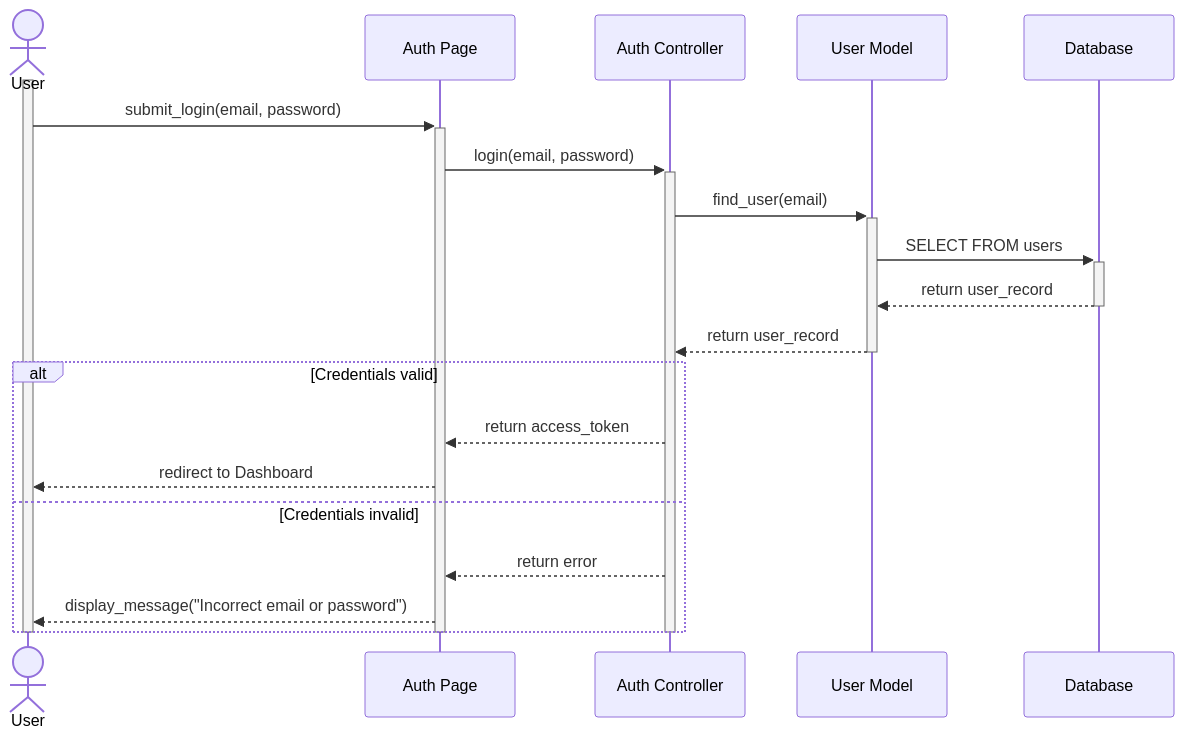
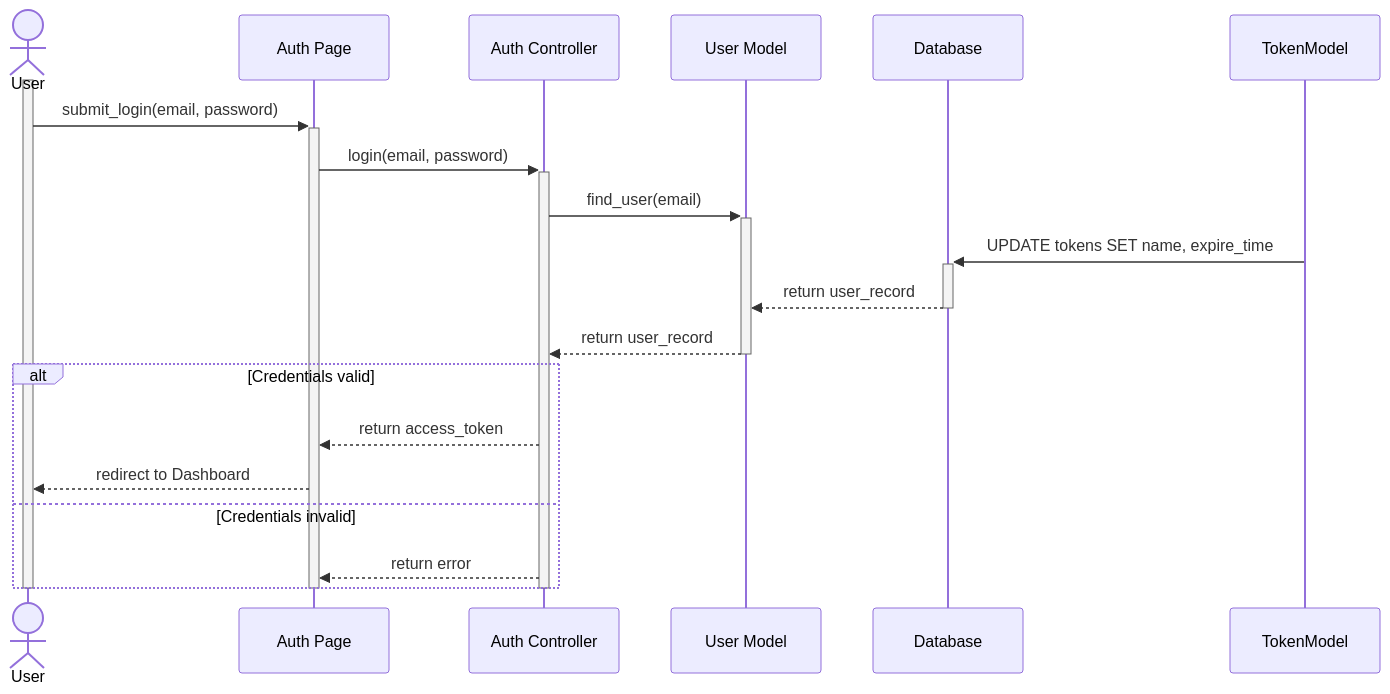
The third of 20 diagrams in SYSTEM_DIAGRAMS.md (Tanaphat-Ken/ALPR-V2), drawn with Mermaid before and after one commit. The commit also changed other lines of this file, not shown here.

````diff
--- a/SYSTEM_DIAGRAMS.md
+++ b/SYSTEM_DIAGRAMS.md
@@ -196,26 +196,25 @@
 ```mermaid
 sequenceDiagram
     actor User
     participant AuthPage as Auth Page
     participant AuthController as Auth Controller
     participant UserModel as User Model
     participant DB as Database
 
     activate User
     User->>+AuthPage: submit_login(email, password)
     AuthPage->>+AuthController: login(email, password)
     AuthController->>+UserModel: find_user(email)
-    UserModel->>+DB: SELECT FROM users
+    TokenModel->>+DB: UPDATE tokens SET name, expire_time
     DB-->>-UserModel: return user_record
     UserModel-->>-AuthController: return user_record
     alt Credentials valid
         AuthController-->>AuthPage: return access_token
         AuthPage-->>User: redirect to Dashboard
     else Credentials invalid
         AuthController-->>AuthPage: return error
-        AuthPage-->>User: display_message("Incorrect email or password")
     end
     deactivate AuthController
     deactivate AuthPage
     deactivate User
 ```
````
